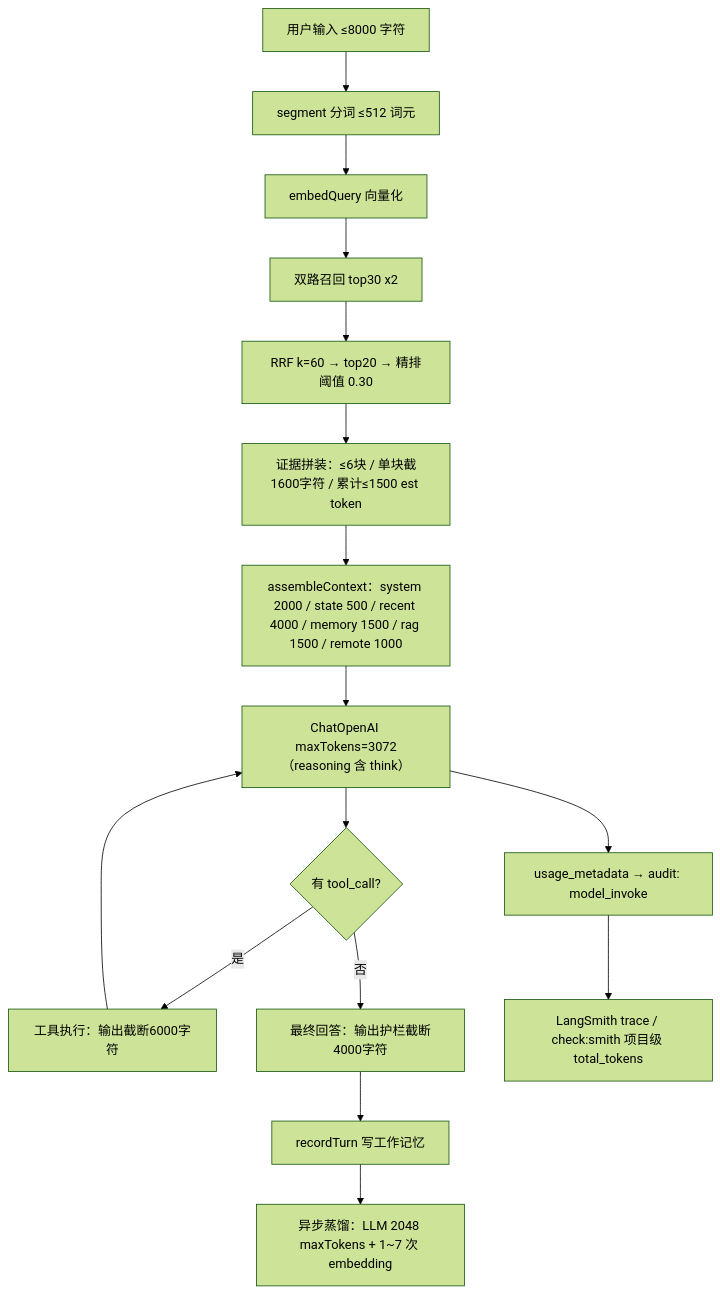
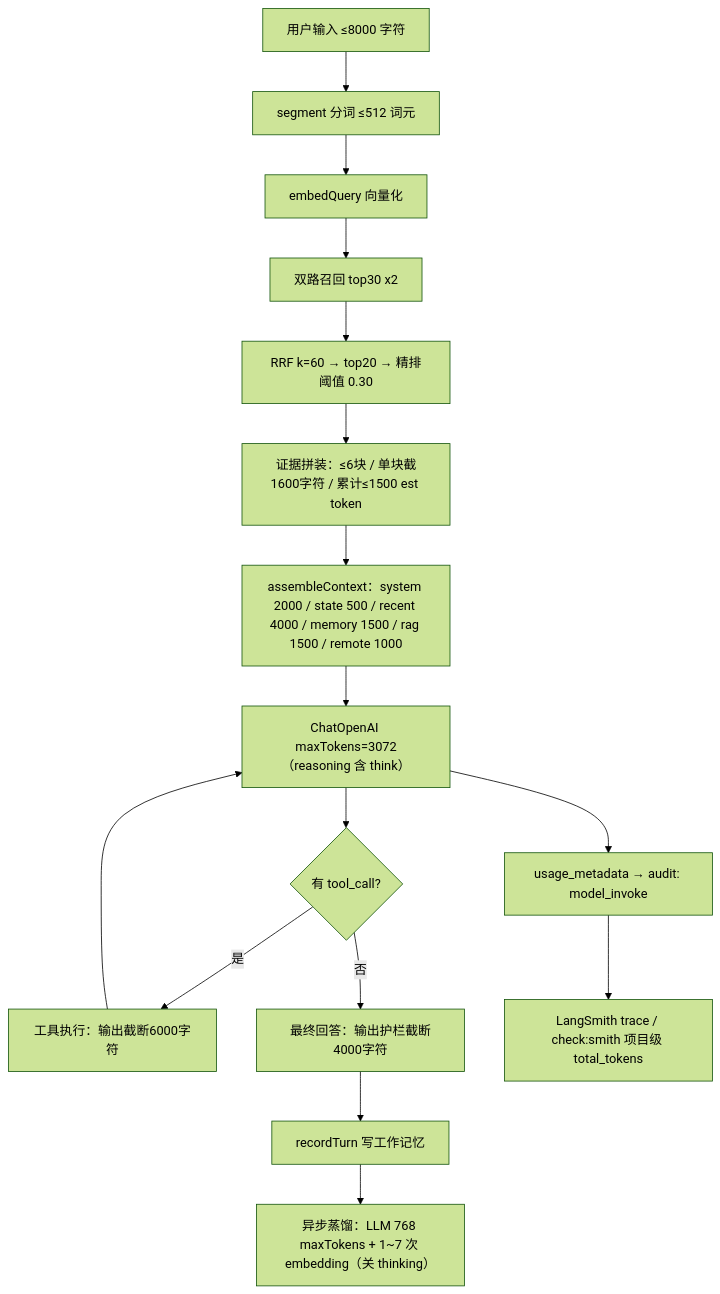
The diagram in docs/token消耗整理.md (piaopiaoran/agent_harness_gongdan), drawn with Mermaid (forest theme) before and after one commit. The commit also changed other lines of this file and 22 other files, not shown here.

````diff
--- a/docs/token消耗整理.md
+++ b/docs/token消耗整理.md
@@ -38,18 +38,18 @@
 ```mermaid
 flowchart TD
     A[用户输入 ≤8000 字符] --> B[segment 分词 ≤512 词元]
     B --> C[embedQuery 向量化]
     C --> D[双路召回 top30 x2]
     D --> E[RRF k=60 → top20 → 精排阈值 0.30]
     E --> F["证据拼装：≤6块 / 单块截1600字符 / 累计≤1500 est token"]
     F --> G["assembleContext：system 2000 / state 500 / recent 4000 / memory 1500 / rag 1500 / remote 1000"]
     G --> H["ChatOpenAI maxTokens=3072（reasoning 含 think）"]
     H --> I["usage_metadata → audit: model_invoke"]
     H --> J{有 tool_call?}
     J -- 是 --> K["工具执行：输出截断6000字符"]
     K --> H
     J -- 否 --> L[最终回答：输出护栏截断4000字符]
     L --> M[recordTurn 写工作记忆]
-    M --> N["异步蒸馏：LLM 2048 maxTokens + 1~7 次 embedding"]
+    M --> N["异步蒸馏：LLM 768 maxTokens + 1~7 次 embedding（关 thinking）"]
     I --> O[LangSmith trace / check:smith 项目级 total_tokens]
 ```
````
